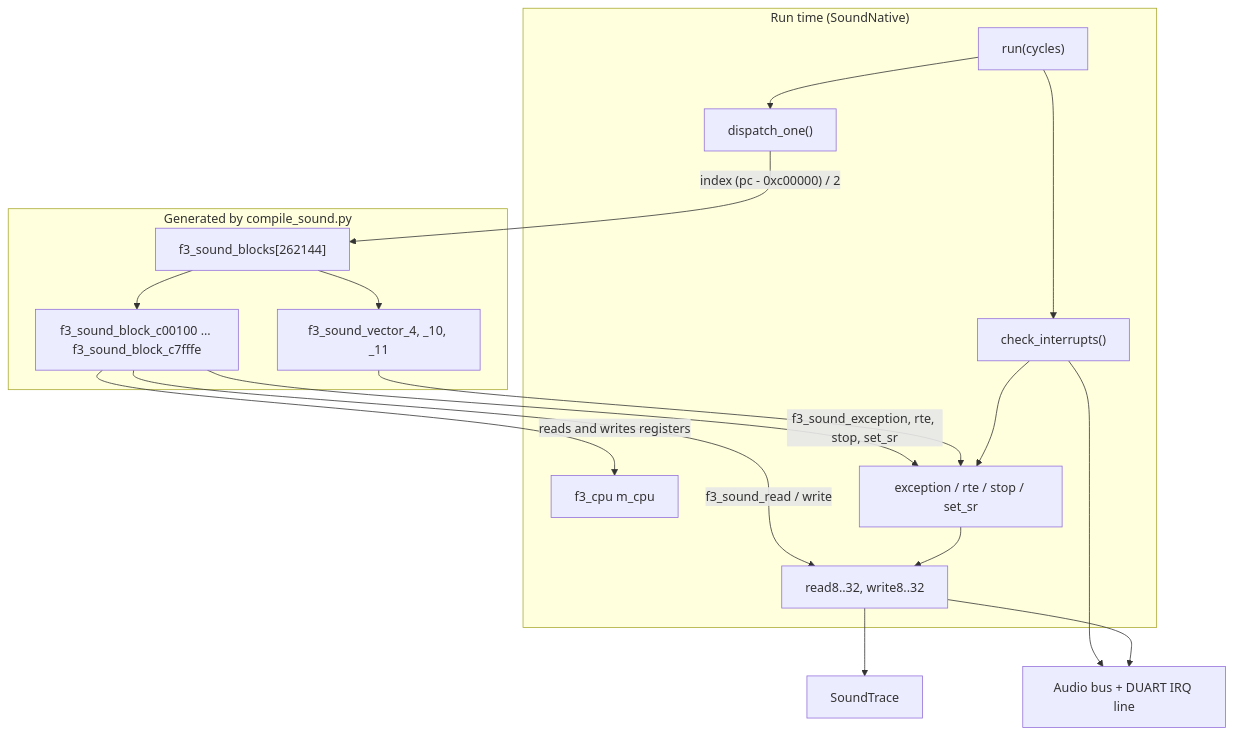
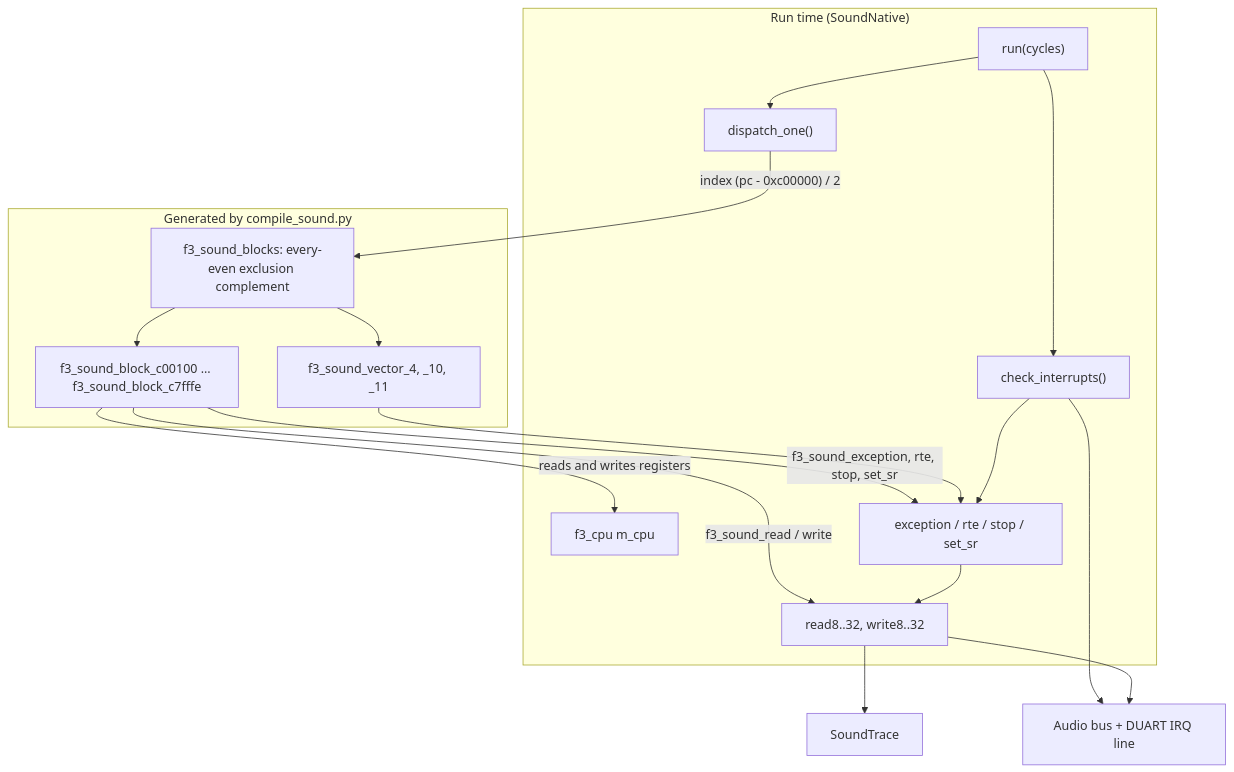
One commit to ansxor/f3-recomp changed the first of 2 diagrams in docs/site/developer/runtime/audio/native-driver.md. Above: the diagram before and after it, drawn with Mermaid. The commit also changed other lines of this file and 31 other files, not shown here.

````diff
--- a/docs/site/developer/runtime/audio/native-driver.md
+++ b/docs/site/developer/runtime/audio/native-driver.md
@@ -15,33 +15,33 @@
 ```mermaid
 flowchart TB
     subgraph generated["Generated by compile_sound.py"]
-        TBL["f3_sound_blocks[262144]"]
+        TBL["f3_sound_blocks: every-even exclusion complement"]
         FN["f3_sound_block_c00100 ... f3_sound_block_c7fffe"]
         VEC["f3_sound_vector_4, _10, _11"]
     end
     subgraph runtime["Run time (SoundNative)"]
         RUN["run(cycles)"]
         DISP["dispatch_one()"]
         CPU["f3_cpu m_cpu"]
         EXC["exception / rte / stop / set_sr"]
         IRQ["check_interrupts()"]
         BUSF["read8..32, write8..32"]
     end
     AUD["Audio bus + DUART IRQ line"]
     TRC["SoundTrace"]
 
     RUN --> IRQ
     RUN --> DISP
     DISP -->|"index (pc - 0xc00000) / 2"| TBL
     TBL --> FN
     TBL --> VEC
     FN -->|"reads and writes registers"| CPU
     FN -->|"f3_sound_read / write"| BUSF
     FN -->|"f3_sound_exception, rte, stop, set_sr"| EXC
     VEC --> EXC
     EXC --> BUSF
     IRQ --> AUD
     IRQ --> EXC
     BUSF --> AUD
     BUSF --> TRC
 ```
````
